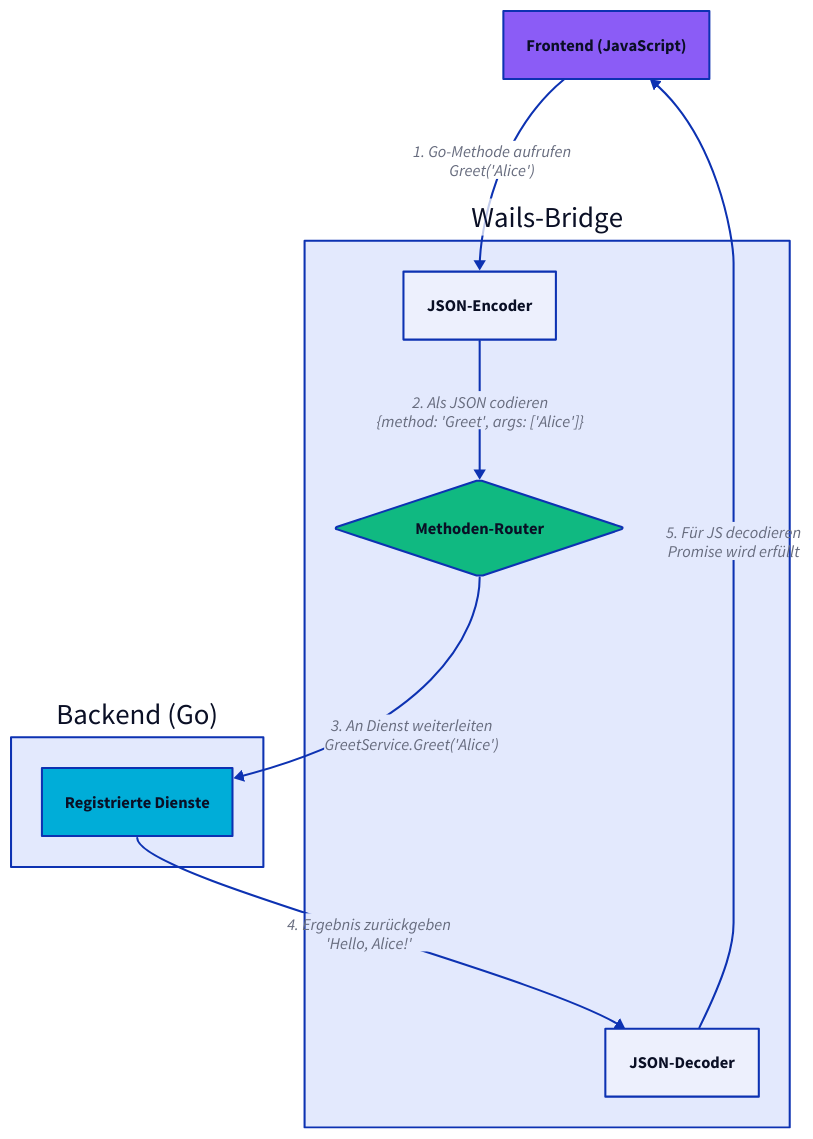
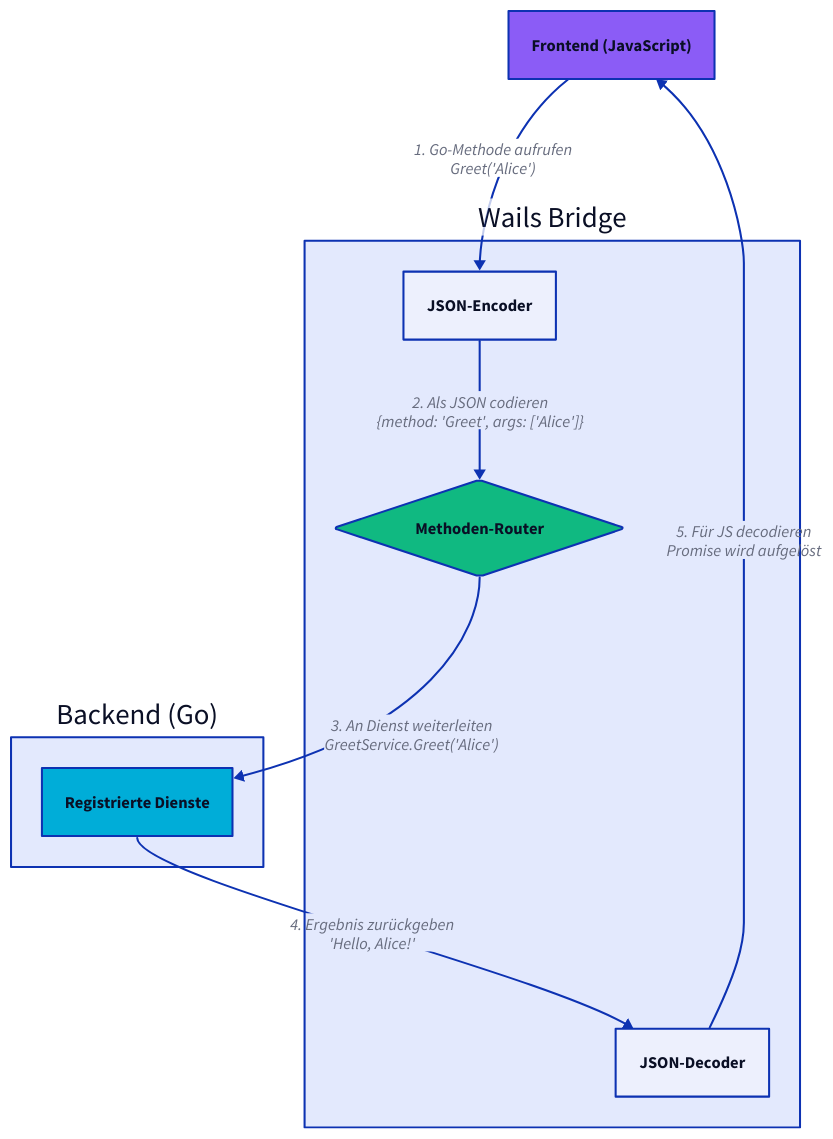
One commit to wailsapp/wails changed the second of 8 diagrams in docs/mpress/content/de/concepts/architecture.md. Above: the diagram before and after it, drawn with D2. The commit also changed other lines of this file and 1096 other files, not shown here.

````diff
--- a/docs/mpress/content/de/concepts/architecture.md
+++ b/docs/mpress/content/de/concepts/architecture.md
@@ -96,36 +96,36 @@
 ```d2
 direction: down
 
 Frontend: Frontend (JavaScript) {
   shape: rectangle
   style.fill: "#8B5CF6"
 }
 
-Bridge: Wails-Bridge {
+Bridge: Wails Bridge {
   Encoder: JSON-Encoder {
     shape: rectangle
   }
 
   Router: Methoden-Router {
     shape: diamond
     style.fill: "#10B981"
   }
 
   Decoder: JSON-Decoder {
     shape: rectangle
   }
 }
 
 Backend: Backend (Go) {
   Services: Registrierte Dienste {
     shape: rectangle
     style.fill: "#00ADD8"
   }
 }
 
 Frontend -> Bridge.Encoder: "1. Go-Methode aufrufen\nGreet('Alice')"
 Bridge.Encoder -> Bridge.Router: "2. Als JSON codieren\n{method: 'Greet', args: ['Alice']}"
 Bridge.Router -> Backend.Services: "3. An Dienst weiterleiten\nGreetService.Greet('Alice')"
 Backend.Services -> Bridge.Decoder: "4. Ergebnis zurückgeben\n'Hello, Alice!'"
-Bridge.Decoder -> Frontend: "5. Für JS decodieren\nPromise wird erfüllt"
+Bridge.Decoder -> Frontend: "5. Für JS decodieren\nPromise wird aufgelöst"
 ```
````
